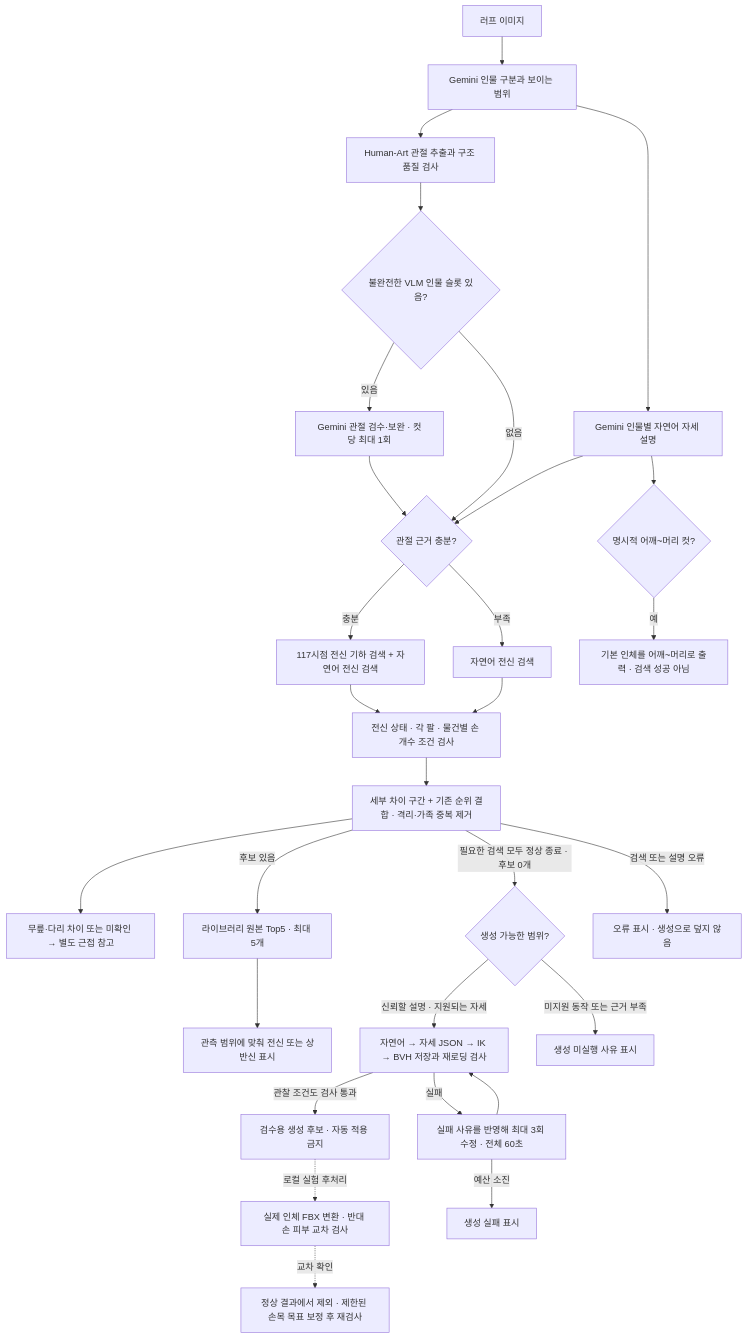
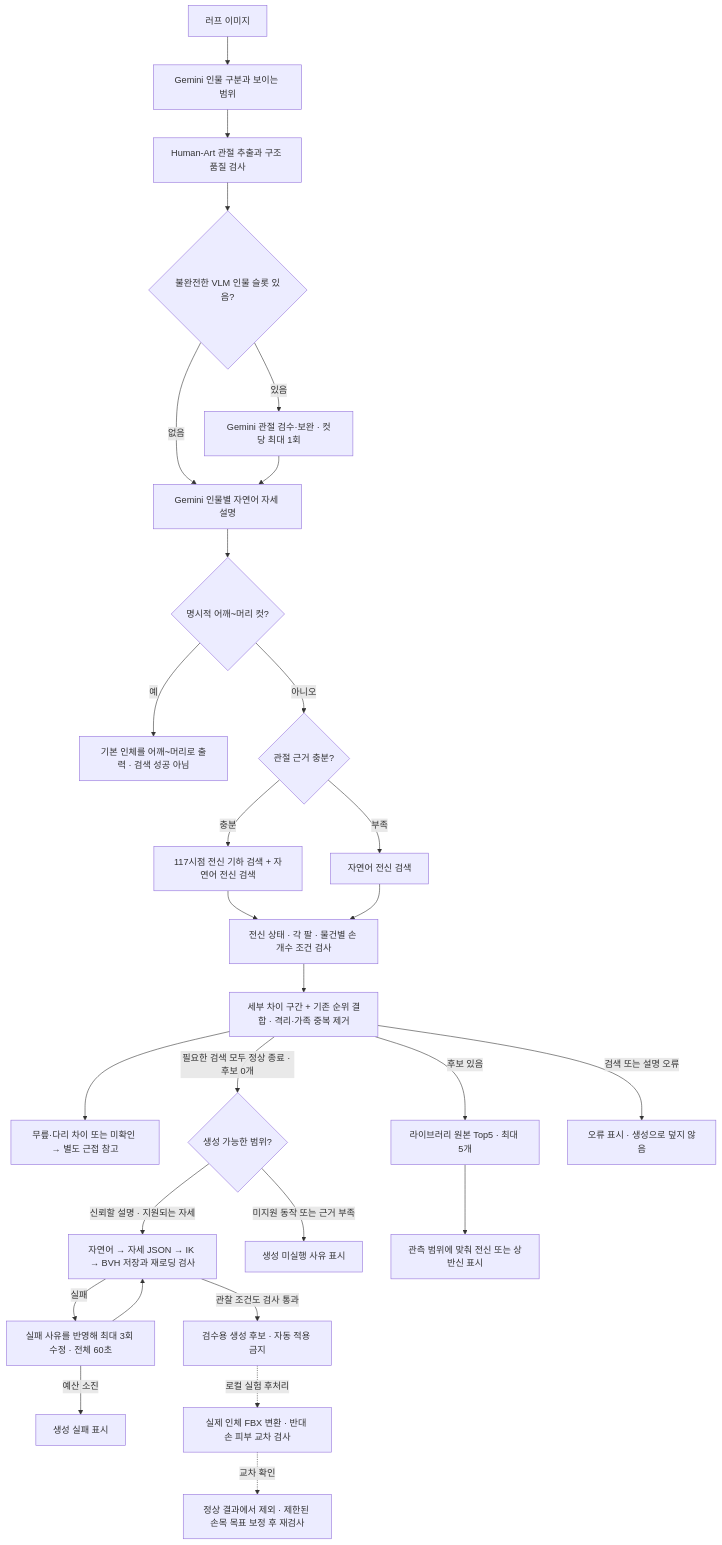
One commit to 04JUNG/Standin-server changed the diagram in docs/FULLBODY_DYNAMIC_ROUTING.md. Above: the diagram before and after it, drawn with Mermaid.

Commit message:
docs(routing): clarify closeup short-circuit before retrieval

````diff
--- a/docs/FULLBODY_DYNAMIC_ROUTING.md
+++ b/docs/FULLBODY_DYNAMIC_ROUTING.md
@@ -17,31 +17,30 @@
 ```mermaid
 flowchart TD
     A[러프 이미지] --> B[Gemini 인물 구분과 보이는 범위]
     B --> C[Human-Art 관절 추출과 구조 품질 검사]
-    B --> D[Gemini 인물별 자연어 자세 설명]
     C --> V{불완전한 VLM 인물 슬롯 있음?}
     V -->|있음| W[Gemini 관절 검수·보완 · 컷당 최대 1회]
-    V -->|없음| E{관절 근거 충분?}
-    W --> E
-    D --> E
+    V -->|없음| D[Gemini 인물별 자연어 자세 설명]
+    W --> D
     D --> S{명시적 어깨~머리 컷?}
     S -->|예| T[기본 인체를 어깨~머리로 출력 · 검색 성공 아님]
+    S -->|아니오| E{관절 근거 충분?}
     E -->|충분| F[117시점 전신 기하 검색 + 자연어 전신 검색]
     E -->|부족| G[자연어 전신 검색]
     F --> Q[전신 상태 · 각 팔 · 물건별 손 개수 조건 검사]
     G --> Q
     Q --> H[세부 차이 구간 + 기존 순위 결합 · 격리·가족 중복 제거]
     H --> R[무릎·다리 차이 또는 미확인 → 별도 근접 참고]
     H -->|후보 있음| I[라이브러리 원본 Top5 · 최대 5개]
     H -->|필요한 검색 모두 정상 종료 · 후보 0개| J{생성 가능한 범위?}
     H -->|검색 또는 설명 오류| X[오류 표시 · 생성으로 덮지 않음]
     J -->|신뢰할 설명 · 지원되는 자세| K[자연어 → 자세 JSON → IK → BVH 저장과 재로딩 검사]
     J -->|미지원 동작 또는 근거 부족| N[생성 미실행 사유 표시]
     K -->|관찰 조건도 검사 통과| L[검수용 생성 후보 · 자동 적용 금지]
     K -->|실패| M[실패 사유를 반영해 최대 3회 수정 · 전체 60초]
     M --> K
     M -->|예산 소진| O[생성 실패 표시]
     I --> P[관측 범위에 맞춰 전신 또는 상반신 표시]
     L -. 로컬 실험 후처리 .-> V3[실제 인체 FBX 변환 · 반대 손 피부 교차 검사]
     V3 -. 교차 확인 .-> V4[정상 결과에서 제외 · 제한된 손목 목표 보정 후 재검사]
 ```
````
